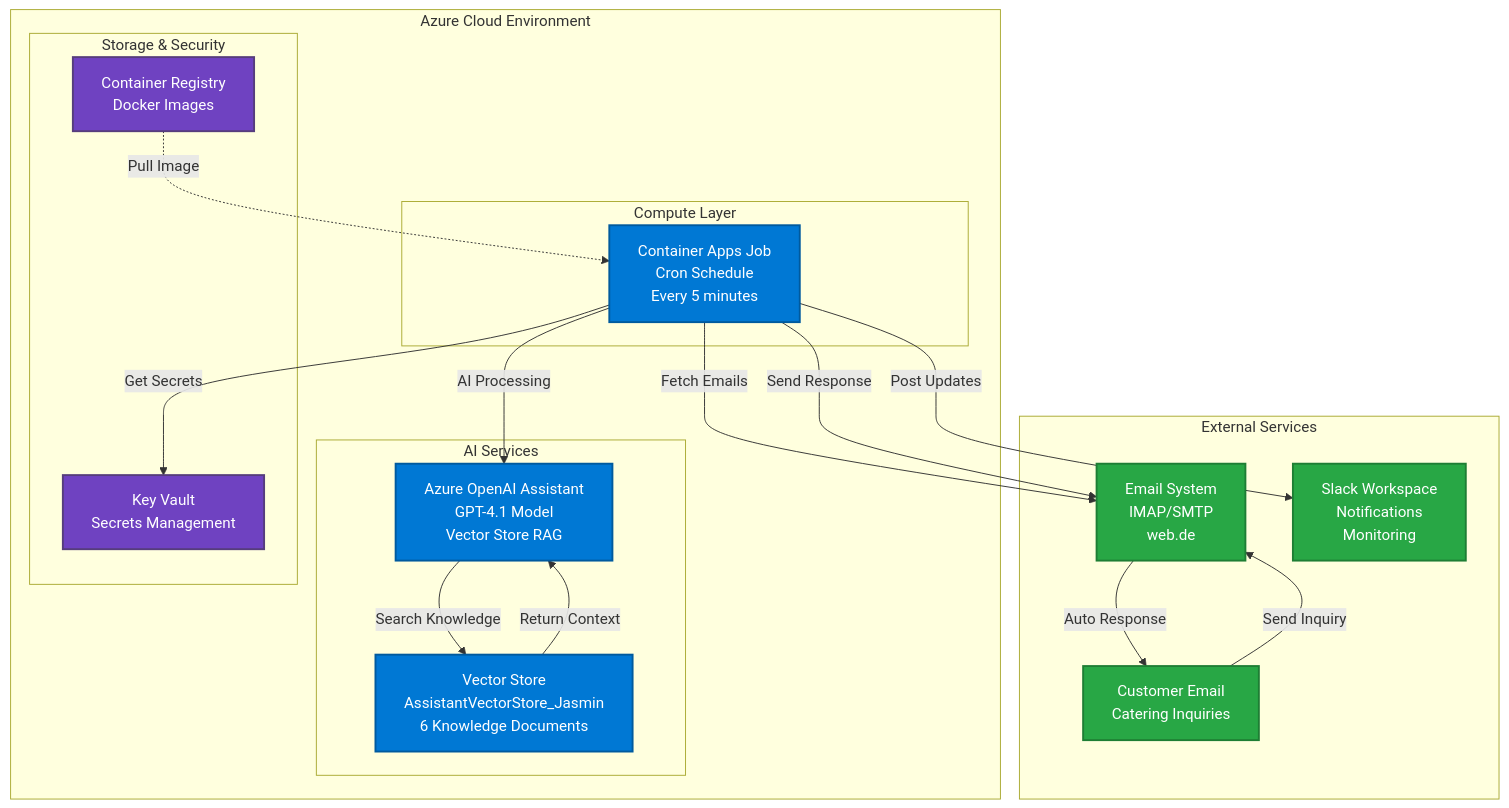
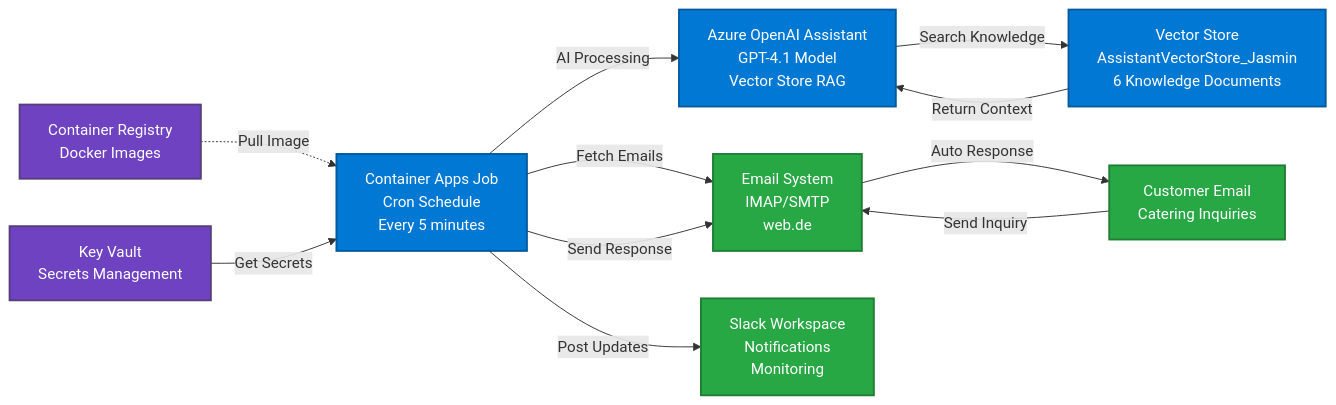
One commit to ma3u/jasmin-catering-ai-agent changed the first of 5 diagrams in README.md. Above: the diagram before and after it, drawn with Mermaid. The commit also changed other lines of this file, not shown here.

First line of the commit message:
docs: Add Azure AI Foundry Assistants section with demo gif

````diff
--- a/README.md
+++ b/README.md
@@ -36,47 +11,37 @@
 ```mermaid
-graph TB
-    subgraph "Azure Cloud Environment"
-        subgraph "Compute Layer"
-            CJ[Container Apps Job<br/>Cron Schedule<br/>Every 5 minutes]
-        end
-        
-        subgraph "AI Services"
-            AOI[Azure OpenAI Assistant<br/>GPT-4.1 Model<br/>Vector Store RAG]
-            VS[Vector Store<br/>AssistantVectorStore_Jasmin<br/>6 Knowledge Documents]
-        end
-        
-        subgraph "Storage & Security"
-            KV[Key Vault<br/>Secrets Management]
-            ACR[Container Registry<br/>Docker Images]
-        end
-    end
-    
-    subgraph "External Services"
-        EMAIL[Email System<br/>IMAP/SMTP<br/>web.de]
-        SLACK[Slack Workspace<br/>Notifications<br/>Monitoring]
-        CUSTOMER[Customer Email<br/>Catering Inquiries]
-    end
-    
-    %% Workflow Connections
-    CJ -->|Fetch Emails| EMAIL
+graph LR
+    %% Azure Cloud Environment (left)
+    ACR[Container Registry<br/>Docker Images]
+    KV[Key Vault<br/>Secrets Management]
+    CJ[Container Apps Job<br/>Cron Schedule<br/>Every 5 minutes]
+    AOI[Azure OpenAI Assistant<br/>GPT-4.1 Model<br/>Vector Store RAG]
+    VS[Vector Store<br/>AssistantVectorStore_Jasmin<br/>6 Knowledge Documents]
+
+    %% External Services (right)
+    EMAIL[Email System<br/>IMAP/SMTP<br/>web.de]
+    SLACK[Slack Workspace<br/>Notifications<br/>Monitoring]
+    CUSTOMER[Customer Email<br/>Catering Inquiries]
+
+    %% Workflow Connections (left to right)
+    ACR -.->|Pull Image| CJ
+    KV -->|Get Secrets| CJ
     CJ -->|AI Processing| AOI
     AOI -->|Search Knowledge| VS
     VS -->|Return Context| AOI
-    CJ -->|Get Secrets| KV
+    CJ -->|Fetch Emails| EMAIL
     CJ -->|Send Response| EMAIL
     CJ -->|Post Updates| SLACK
     CUSTOMER -->|Send Inquiry| EMAIL
     EMAIL -->|Auto Response| CUSTOMER
-    
-    %% Deployment Connections
-    ACR -.->|Pull Image| CJ
-    
+
     %% Styling
     classDef azure fill:#0078d4,stroke:#005a9e,stroke-width:2px,color:#fff
     classDef external fill:#28a745,stroke:#1e7e34,stroke-width:2px,color:#fff
     classDef storage fill:#6f42c1,stroke:#563d7c,stroke-width:2px,color:#fff
-    
+
     class CJ,AOI,VS azure
     class EMAIL,SLACK,CUSTOMER external
     class KV,ACR storage
+
+
 ```
````
